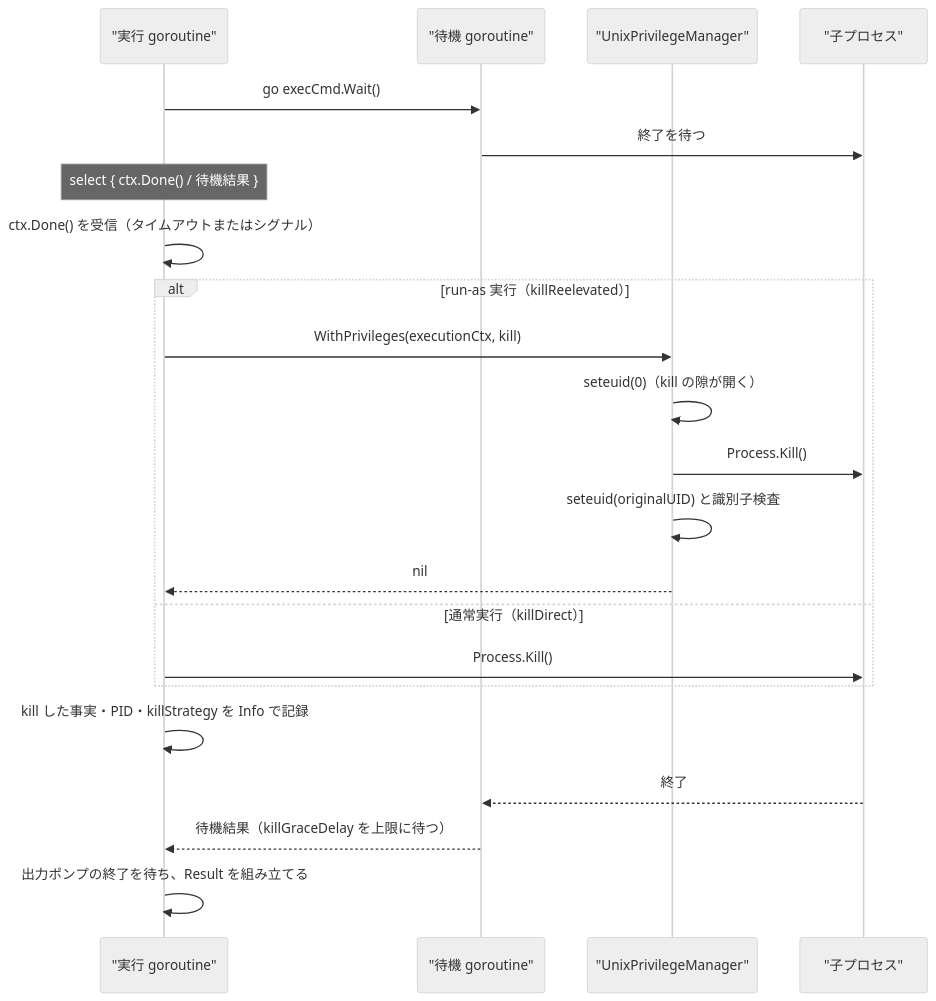
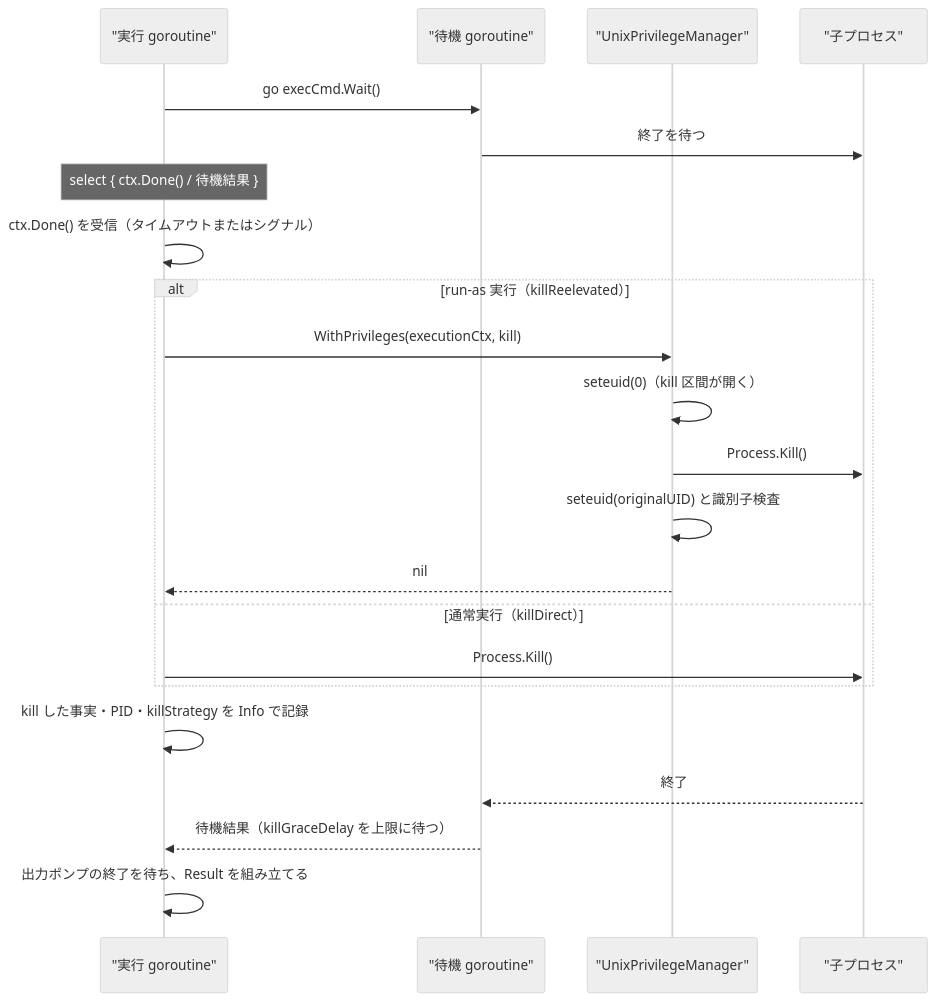
Diagram 11 of 13 in docs/tasks/0171_privilege_gap_narrowing/02_architecture.md (isseis/go-safe-cmd-runner), drawn with Mermaid (neutral theme) before and after one commit. The commit also changed other lines of this file and 1 other file, not shown here.

````diff
--- a/docs/tasks/0171_privilege_gap_narrowing/02_architecture.md
+++ b/docs/tasks/0171_privilege_gap_narrowing/02_architecture.md
@@ -1112,25 +1112,25 @@
 ```mermaid
 sequenceDiagram
     participant EX as "実行 goroutine"
     participant W as "待機 goroutine"
     participant PM as "UnixPrivilegeManager"
     participant CH as "子プロセス"
 
     EX->>W: go execCmd.Wait()
     W->>CH: 終了を待つ
     Note over EX: select { ctx.Done() / 待機結果 }
     EX->>EX: ctx.Done() を受信（タイムアウトまたはシグナル）
     alt run-as 実行（killReelevated）
         EX->>PM: WithPrivileges(executionCtx, kill)
-        PM->>PM: seteuid(0)（kill の隙が開く）
+        PM->>PM: seteuid(0)（kill 区間が開く）
         PM->>CH: Process.Kill()
         PM->>PM: seteuid(originalUID) と識別子検査
         PM-->>EX: nil
     else 通常実行（killDirect）
         EX->>CH: Process.Kill()
     end
     EX->>EX: kill した事実・PID・killStrategy を Info で記録
     CH-->>W: 終了
     W-->>EX: 待機結果（killGraceDelay を上限に待つ）
     EX->>EX: 出力ポンプの終了を待ち、Result を組み立てる
 ```
````
